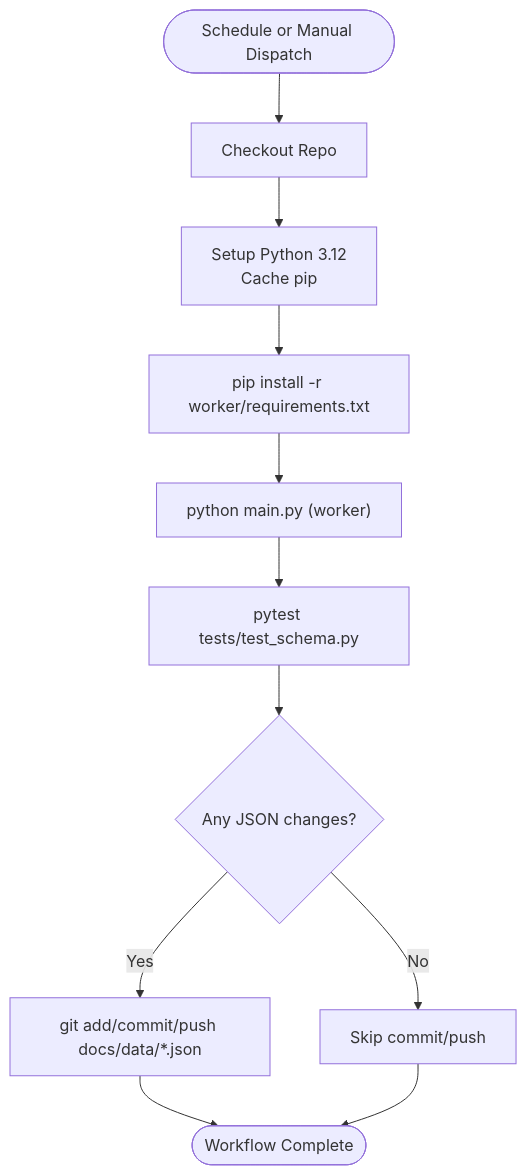
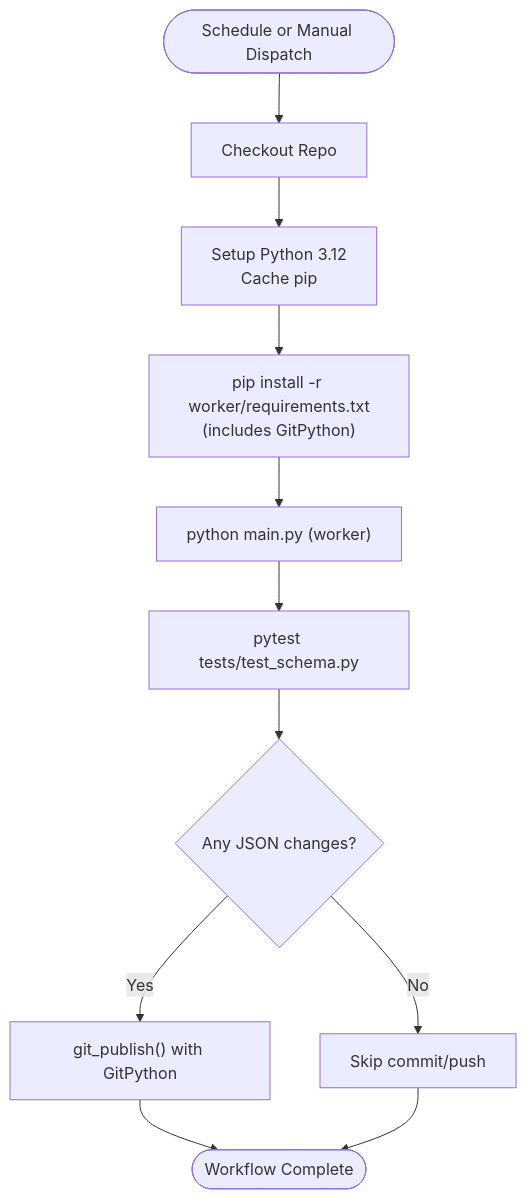
The third of 9 diagrams in .qoder/repowiki/en/content/Automation and Deployment/Automation and Deployment.md (shakthi-vinayak/news), drawn with Mermaid before and after one commit. The commit also changed other lines of this file and 32 other files, not shown here.

````diff
--- a/.qoder/repowiki/en/content/Automation and Deployment/Automation and Deployment.md
+++ b/.qoder/repowiki/en/content/Automation and Deployment/Automation and Deployment.md
@@ -175,13 +186,13 @@
 ```mermaid
 flowchart TD
 Start(["Schedule or Manual Dispatch"]) --> Checkout["Checkout Repo"]
 Checkout --> PySetup["Setup Python 3.12<br/>Cache pip"]
-PySetup --> Install["pip install -r worker/requirements.txt"]
+PySetup --> Install["pip install -r worker/requirements.txt<br/>(includes GitPython)"]
 Install --> Run["python main.py (worker)"]
 Run --> Validate["pytest tests/test_schema.py"]
 Validate --> Changes{"Any JSON changes?"}
-Changes --> |Yes| Commit["git add/commit/push docs/data/*.json"]
+Changes --> |Yes| GitPublish["git_publish() with GitPython"]
 Changes --> |No| Skip["Skip commit/push"]
-Commit --> End(["Workflow Complete"])
+GitPublish --> End(["Workflow Complete"])
 Skip --> End
 ```
````
